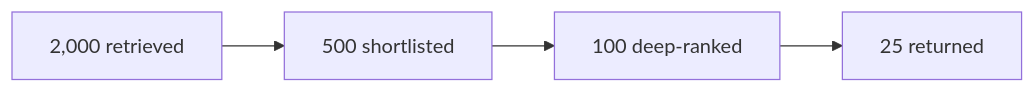
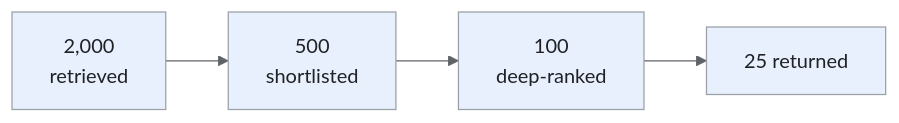
Before and after one commit to iliazlobin/iliazlobin.github.io: the fourth of 7 diagrams in _designs/news-feed-ranking.md, drawn with Mermaid. The commit also changed other lines of this file and 131 other files, not shown here.

````diff
--- a/_designs/news-feed-ranking.md
+++ b/_designs/news-feed-ranking.md
@@ -179,6 +249,12 @@
 ```mermaid
+%%{init: {'theme':'base','themeVariables':{'primaryColor':'#e8f0fe','primaryTextColor':'#202124','primaryBorderColor':'#9aa0a6','lineColor':'#5f6368','secondaryColor':'#e6f4ea','tertiaryColor':'#fef7e0','actorBkg':'#e8f0fe','actorBorder':'#9aa0a6','actorTextColor':'#202124','noteBkgColor':'#fef7e0','noteTextColor':'#202124','noteBorderColor':'#9aa0a6','signalColor':'#5f6368','signalTextColor':'#202124','labelBoxBkgColor':'#fef7e0','labelBoxBorderColor':'#9aa0a6'}}}%%
 flowchart LR
-    A["2,000 retrieved"] --> B["500 shortlisted"]
-    B --> C["100 deep-ranked"]
+    A["2,000<br>retrieved"] --> B["500<br>shortlisted"]
+    B --> C["100<br>deep-ranked"]
     C --> D["25 returned"]
+classDef request fill:#e8f0fe,stroke:#9aa0a6,color:#202124;
+classDef data fill:#e6f4ea,stroke:#9aa0a6,color:#202124;
+classDef control fill:#fef7e0,stroke:#9aa0a6,color:#202124;
+class A,B,C,D request;
+
 ```
````
